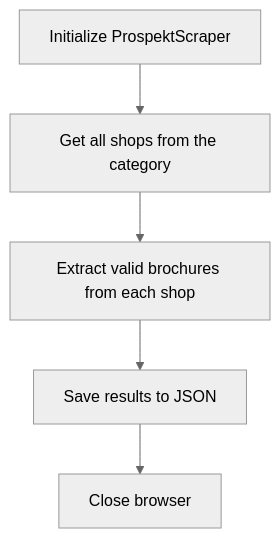
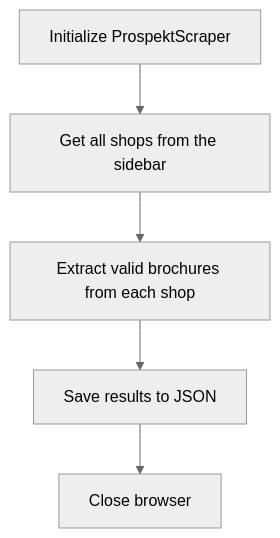
The diagram in README.md (xsporina/prospekt_scraper), drawn with Mermaid (neutral theme) before and after one commit.

````diff
--- a/README.md
+++ b/README.md
@@ -13,7 +13,7 @@
 ```mermaid
 graph TD;
-    A[Initialize ProspektScraper] --> B[Get all shops from the category]
+    A[Initialize ProspektScraper] --> B[Get all shops from the sidebar]
     B --> C[Extract valid brochures from each shop]
     C --> D[Save results to JSON]
     D --> E[Close browser]
 ```
````
